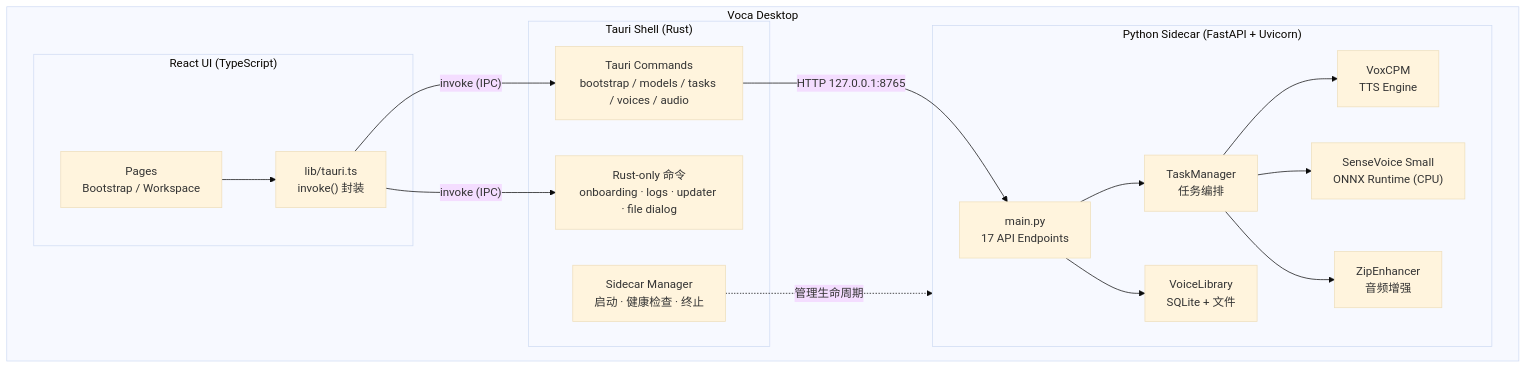
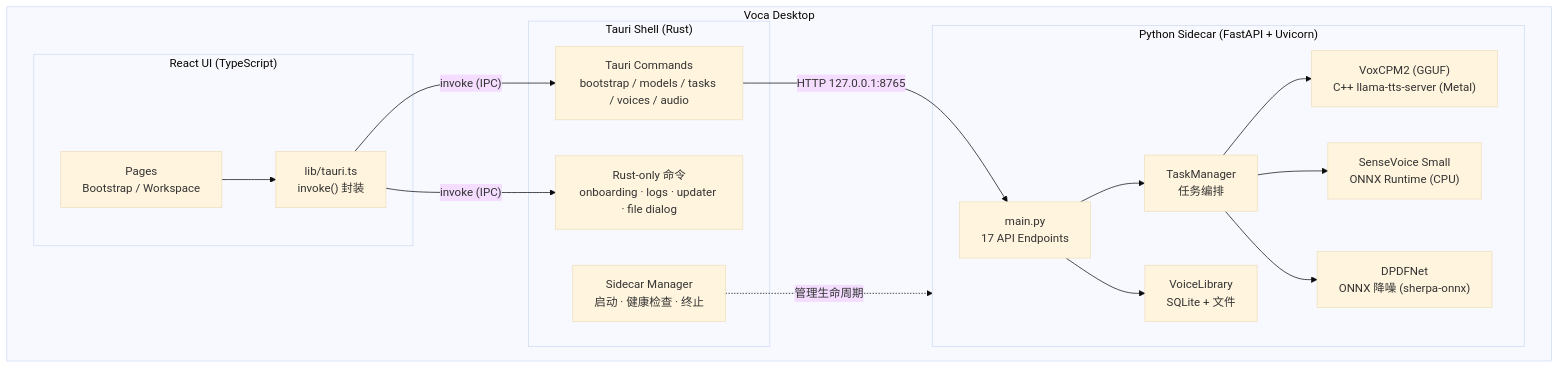
Before and after one commit to ZMXJJ/Voca: the first of 7 diagrams in docs/architecture.md, drawn with Mermaid (base theme). The commit also changed other lines of this file and 6 other files, not shown here.

````diff
--- a/docs/architecture.md
+++ b/docs/architecture.md
@@ -7,35 +7,35 @@
 ```mermaid
 graph TB
     subgraph Desktop["Voca Desktop"]
         subgraph Frontend["React UI (TypeScript)"]
             Pages["Pages<br/>Bootstrap / Workspace"]
             TauriTS["lib/tauri.ts<br/>invoke() 封装"]
         end
 
         subgraph Rust["Tauri Shell (Rust)"]
             Commands["Tauri Commands<br/>bootstrap / models / tasks / voices / audio"]
             Sidecar["Sidecar Manager<br/>启动 · 健康检查 · 终止"]
             RustOnly["Rust-only 命令<br/>onboarding · logs · updater · file dialog"]
         end
 
         subgraph Python["Python Sidecar (FastAPI + Uvicorn)"]
             Routes["main.py<br/>17 API Endpoints"]
             TaskMgr["TaskManager<br/>任务编排"]
-            VoxCPM["VoxCPM<br/>TTS Engine"]
+            VoxCPM["VoxCPM2 (GGUF)<br/>C++ llama-tts-server (Metal)"]
             ASR["SenseVoice Small<br/>ONNX Runtime (CPU)"]
-            Enhancer["ZipEnhancer<br/>音频增强"]
+            Enhancer["DPDFNet<br/>ONNX 降噪 (sherpa-onnx)"]
             VoiceLib["VoiceLibrary<br/>SQLite + 文件"]
         end
     end
 
     Pages --> TauriTS
     TauriTS -- "invoke (IPC)" --> Commands
     TauriTS -- "invoke (IPC)" --> RustOnly
     Commands -- "HTTP 127.0.0.1:8765" --> Routes
     Sidecar -. "管理生命周期" .-> Python
     Routes --> TaskMgr
     Routes --> VoiceLib
     TaskMgr --> VoxCPM
     TaskMgr --> ASR
     TaskMgr --> Enhancer
 ```
````
